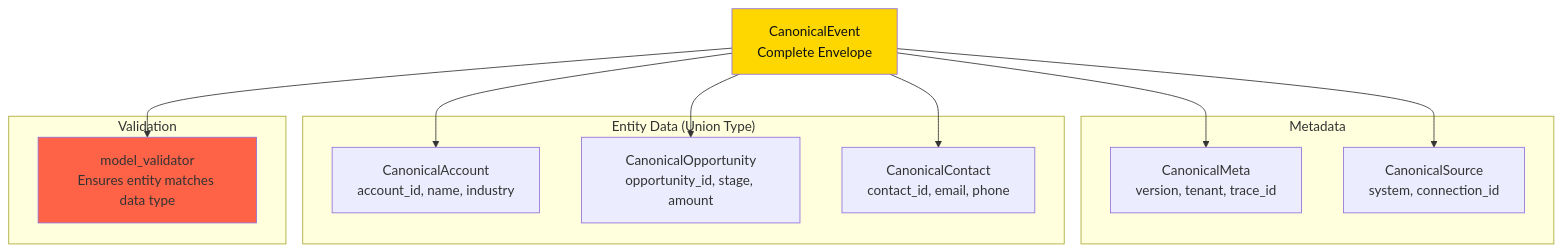
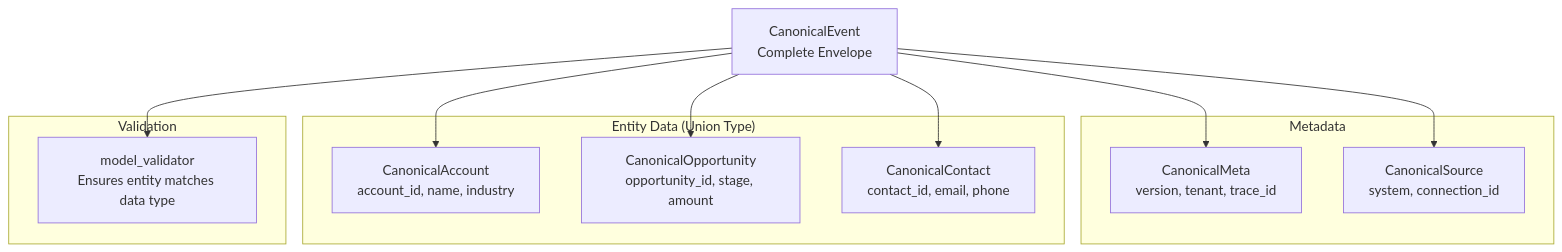
Before and after one commit to ilyacantor/autonomos-platform: the seventh of 8 diagrams in ARCHITECTURE.md, drawn with Mermaid. The commit also changed other lines of this file and 1 other file, not shown here.

First line of the commit message:
Reset formatting and update visuals for architecture documentation

````diff
--- a/ARCHITECTURE.md
+++ b/ARCHITECTURE.md
@@ -403,30 +380,28 @@
 ```mermaid
 graph TD
     CANON_EVT[CanonicalEvent<br/>Complete Envelope]
     
     subgraph "Metadata"
         META[CanonicalMeta<br/>version, tenant, trace_id]
         SRC[CanonicalSource<br/>system, connection_id]
     end
 
     subgraph "Entity Data (Union Type)"
         ACC[CanonicalAccount<br/>account_id, name, industry]
         OPP[CanonicalOpportunity<br/>opportunity_id, stage, amount]
         CON[CanonicalContact<br/>contact_id, email, phone]
     end
 
     CANON_EVT --> META
     CANON_EVT --> SRC
     CANON_EVT --> ACC
     CANON_EVT --> OPP
     CANON_EVT --> CON
 
     subgraph "Validation"
         VAL[model_validator<br/>Ensures entity matches data type]
     end
 
     CANON_EVT --> VAL
 
-    style CANON_EVT fill:#FFD700,color:#0D1117
-    style VAL fill:#FF6347
 ```
````
